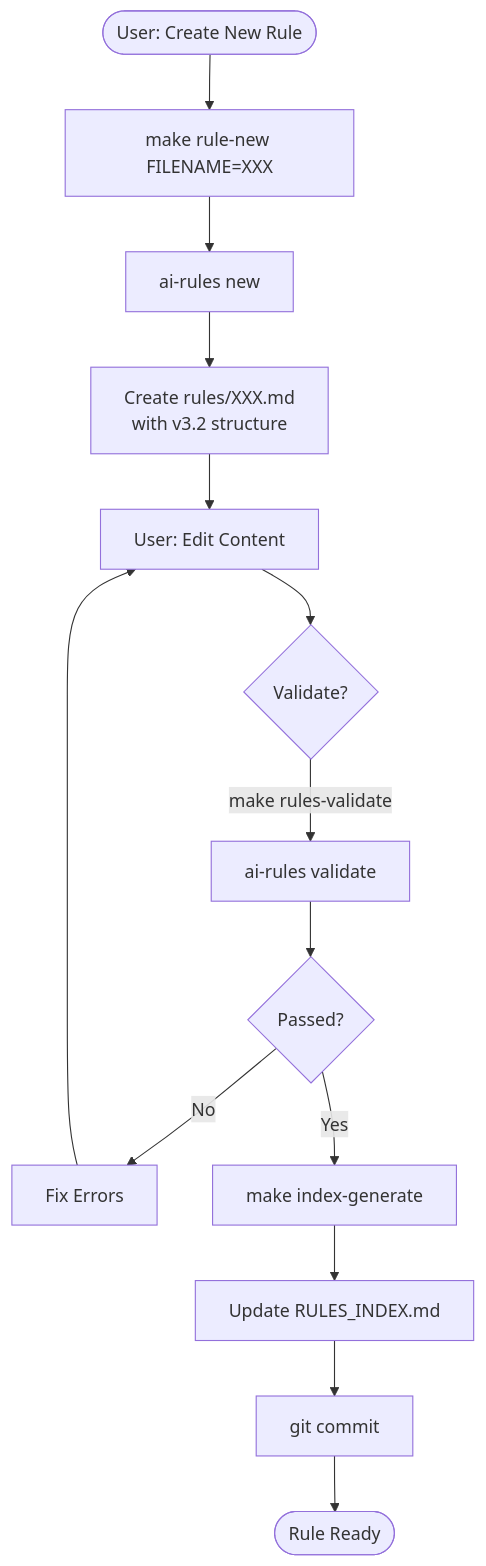
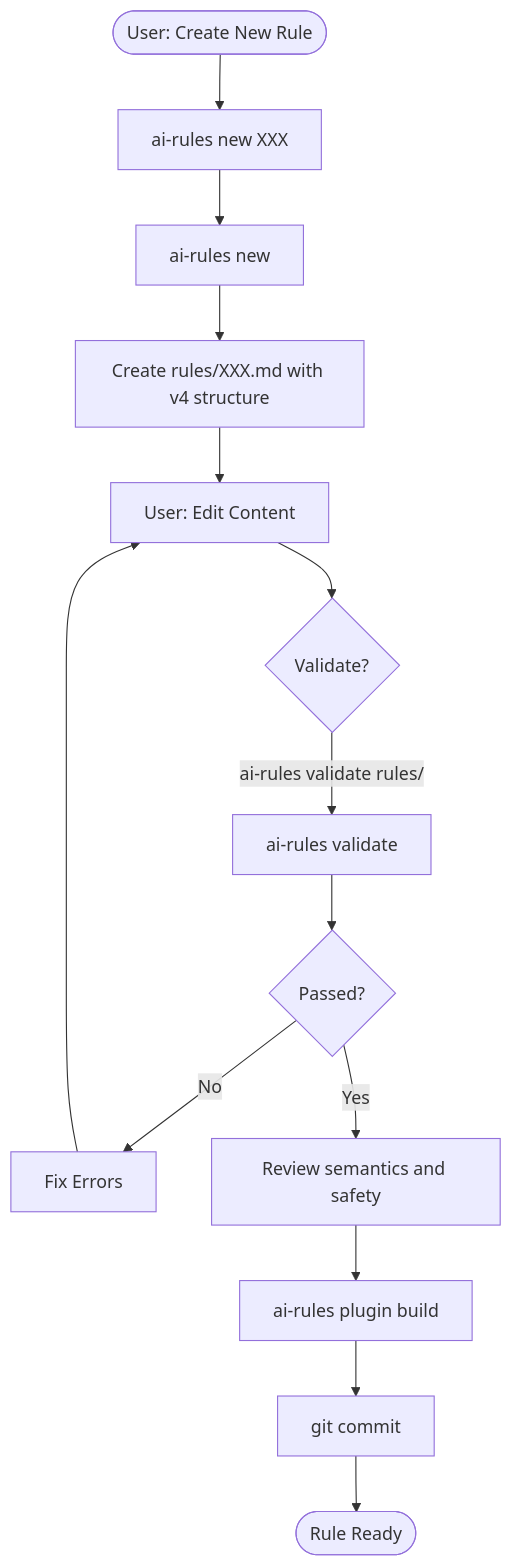
The first of 2 diagrams in docs/ARCHITECTURE.md (sfc-gh-myoung/ai_coding_rules), drawn with Mermaid before and after one commit. The commit also changed other lines of this file and 737 other files, not shown here.

First line of the commit message:
feat!: release v4.0.0 plugin architecture and v4 rule schema (#9)

````diff
--- a/docs/ARCHITECTURE.md
+++ b/docs/ARCHITECTURE.md
@@ -373,16 +429,16 @@
 ```mermaid
 flowchart TD
     Start([User: Create New Rule]) --> Generate
-    Generate[make rule-new FILENAME=XXX] --> Template
-    Template[ai-rules new] --> Create[Create rules/XXX.md<br/>with v3.2 structure]
+    Generate["ai-rules new XXX"] --> Template
+    Template[ai-rules new] --> Create[Create rules/XXX.md with v4 structure]
     Create --> Edit[User: Edit Content]
     Edit --> Validate{Validate?}
-    Validate -->|make rules-validate| SchemaVal[ai-rules validate]
+    Validate -->|"ai-rules validate rules/"| SchemaVal[ai-rules validate]
     SchemaVal --> Pass{Passed?}
     Pass -->|No| Fix[Fix Errors]
     Fix --> Edit
-    Pass -->|Yes| Index[make index-generate]
-    Index --> UpdateIndex[Update RULES_INDEX.md]
-    UpdateIndex --> Commit[git commit]
+    Pass -->|Yes| Review[Review semantics and safety]
+    Review --> Build["ai-rules plugin build"]
+    Build --> Commit[git commit]
     Commit --> End([Rule Ready])
 ```
````
